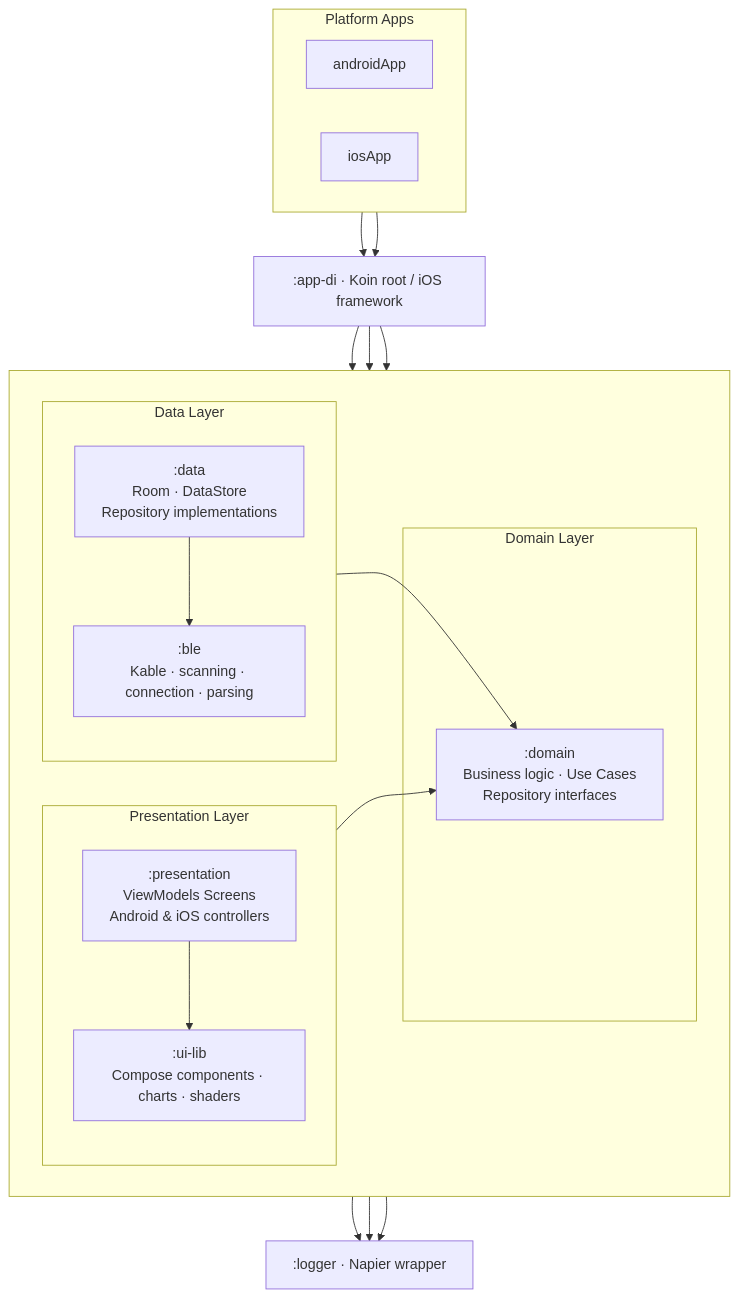
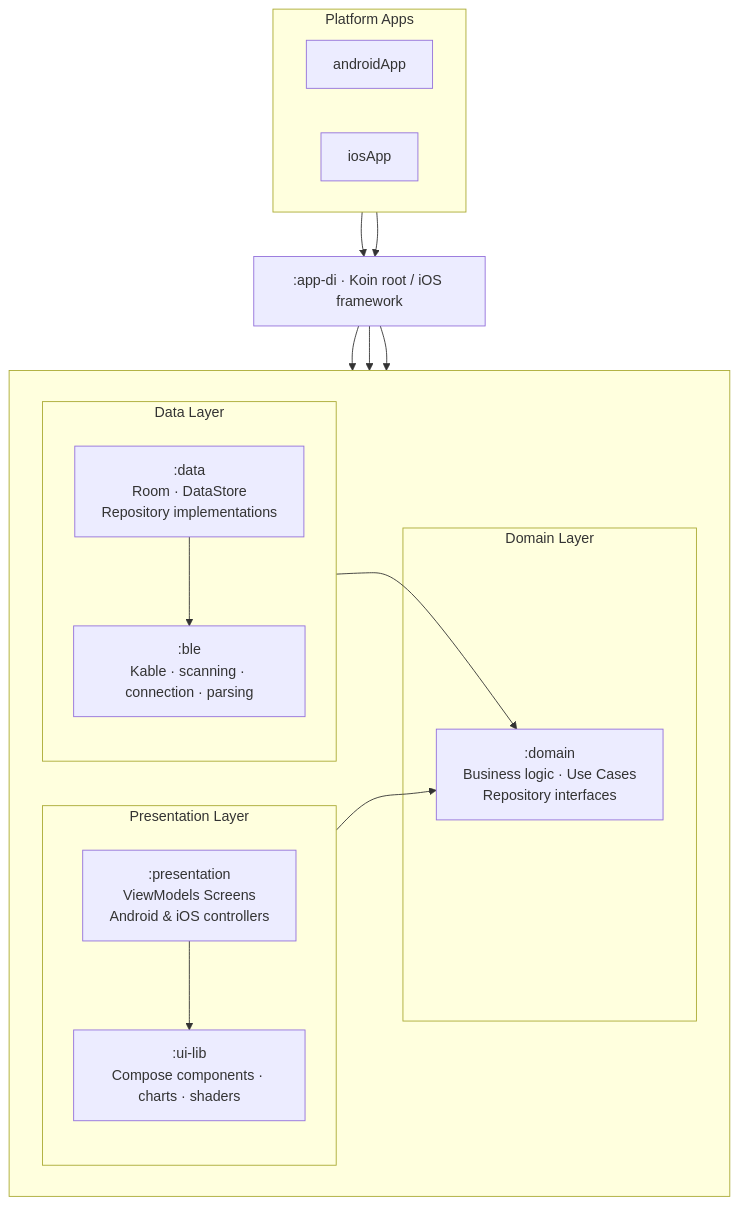
One commit to AnatoliiChub/HRAM changed the first of 4 diagrams in README.md. Above: the diagram before and after it, drawn with Mermaid.

Commit message:
logger removed from high level diagram.

````diff
--- a/README.md
+++ b/README.md
@@ -221,43 +221,38 @@
 ```mermaid
 flowchart TB
     subgraph Apps ["Platform Apps"]
         direction LR
         Android["androidApp"]
         iOS["iosApp"]
     end
 
     AppDI[":app-di · Koin root / iOS framework"]
 
     subgraph Layers [" "]
         direction LR
         subgraph PL ["Presentation Layer"]
             direction TB
             Presentation[":presentation</br> ViewModels  Screens</br>Android & iOS controllers"]
             UILib[":ui-lib</br>Compose components · charts · shaders"]
         end
         subgraph DL ["Domain Layer"]
             Domain[":domain</br>Business logic · Use Cases</br>Repository interfaces"]
         end
         subgraph DAL ["Data Layer"]
             direction TB
             Data[":data</br>Room · DataStore</br>Repository implementations"]
             BLE[":ble</br>Kable · scanning · connection · parsing"]
         end
         PL ~~~ DL ~~~ BLE
     end
 
-    Logger[":logger · Napier wrapper"]
-
     Android --> AppDI
     iOS --> AppDI
     AppDI --> Presentation
     AppDI --> Data
     AppDI --> Domain
     Presentation --> Domain
     Presentation --> UILib
     Data --> Domain
     Data --> BLE
-    Domain --> Logger
-    UILib --> Logger
-    BLE --> Logger
 ```
````
